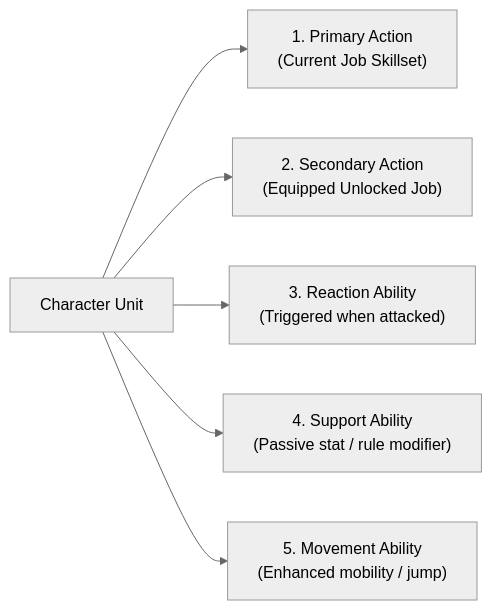
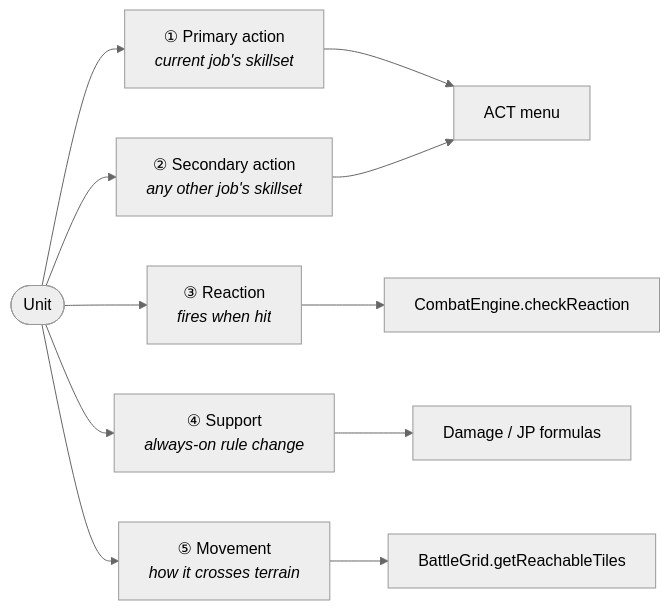
The first of 5 diagrams in docs/JOB_SYSTEM.md (CptNope/Chess-RPG-Tactics), drawn with Mermaid (neutral theme) before and after one commit. The commit also changed other lines of this file and 25 other files, not shown here.

First line of the commit message:
Docs overhaul (0.8.1): guides, roadmap, generated content reference

````diff
--- a/docs/JOB_SYSTEM.md
+++ b/docs/JOB_SYSTEM.md
@@ -11,8 +13,12 @@
 ```mermaid
 flowchart LR
-    Unit["Character Unit"] --> P["1. Primary Action<br/>(Current Job Skillset)"]
-    Unit --> S["2. Secondary Action<br/>(Equipped Unlocked Job)"]
-    Unit --> R["3. Reaction Ability<br/>(Triggered when attacked)"]
-    Unit --> Sup["4. Support Ability<br/>(Passive stat / rule modifier)"]
-    Unit --> M["5. Movement Ability<br/>(Enhanced mobility / jump)"]
+    Unit(["Unit"]) --> P["① Primary action<br/><i>current job's skillset</i>"]
+    Unit --> S["② Secondary action<br/><i>any other job's skillset</i>"]
+    Unit --> R["③ Reaction<br/><i>fires when hit</i>"]
+    Unit --> Sup["④ Support<br/><i>always-on rule change</i>"]
+    Unit --> M["⑤ Movement<br/><i>how it crosses terrain</i>"]
+    P & S --> Menu["ACT menu"]
+    R --> Combat["CombatEngine.checkReaction"]
+    Sup --> Formula["Damage / JP formulas"]
+    M --> Path["BattleGrid.getReachableTiles"]
 ```
````
